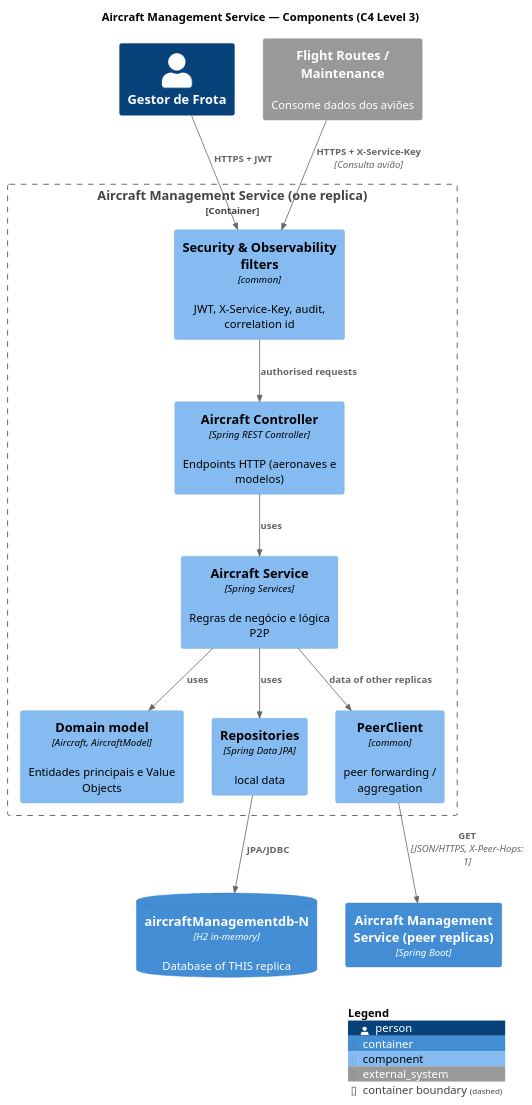
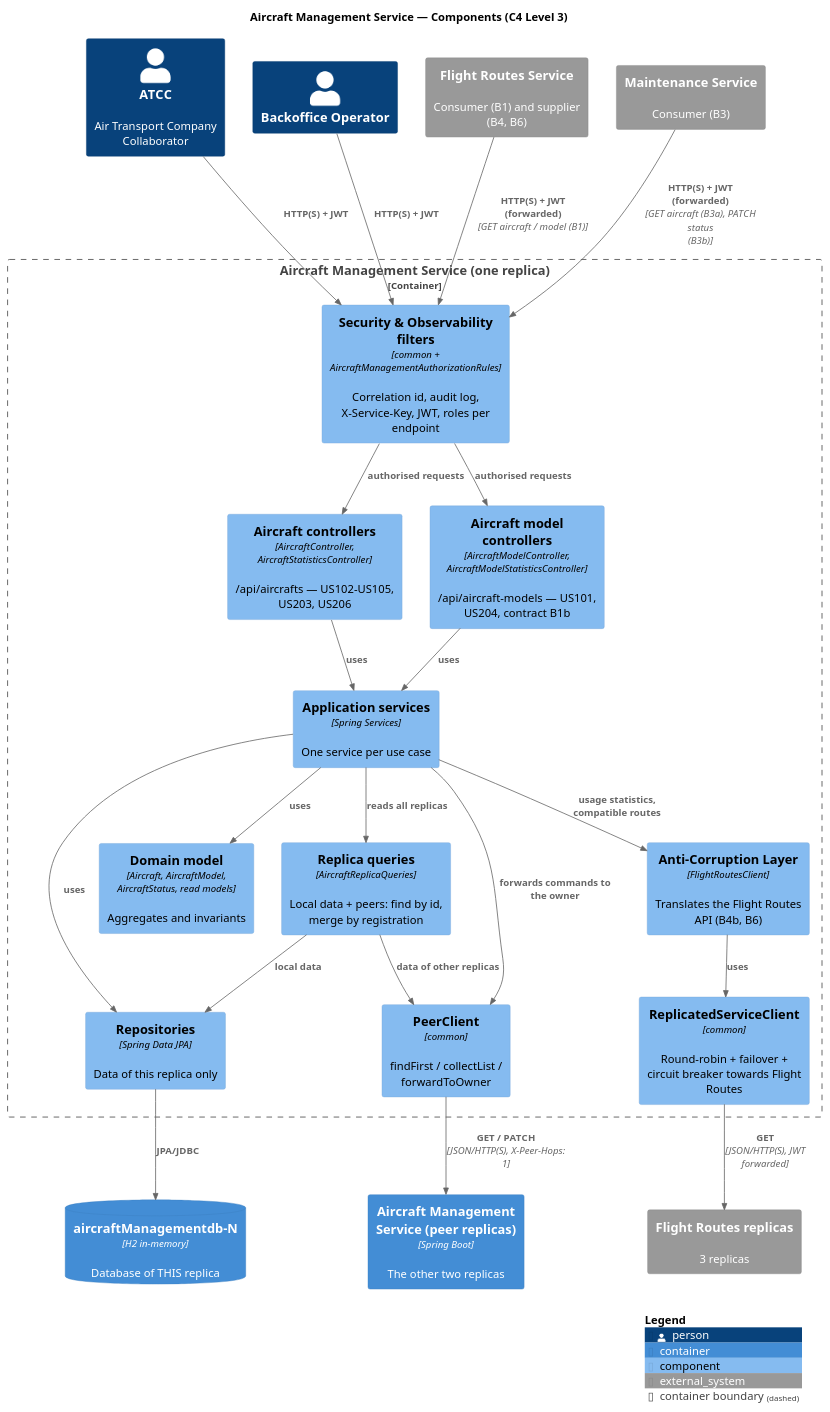
The diagram in docs/3-components/aircraftmanagement/puml/C4-L3-AircraftManagement-Components.puml (caetanotiago/Project_SIDIS), drawn with PlantUML before and after one commit. The commit also changed 50 other files, not shown here.

```diff
--- a/docs/3-components/aircraftmanagement/puml/C4-L3-AircraftManagement-Components.puml
+++ b/docs/3-components/aircraftmanagement/puml/C4-L3-AircraftManagement-Components.puml
@@ -1,32 +1,50 @@
 @startuml C4-L3-AircraftManagement-Components
 !include <C4/C4_Component>
 LAYOUT_TOP_DOWN()
 title Aircraft Management Service — Components (C4 Level 3)
 
-Person(user, "Gestor de Frota")
-System_Ext(flightRoutes, "Flight Routes / Maintenance", "Consome dados dos aviões")
+Person(atcc, "ATCC", "Air Transport Company Collaborator")
+Person(bo, "Backoffice Operator")
+System_Ext(fr, "Flight Routes Service", "Consumer (B1) and supplier (B4, B6)")
+System_Ext(mt, "Maintenance Service", "Consumer (B3)")
 
-Container(peer, "Aircraft Management Service (peer replicas)", "Spring Boot")
+Container(peer, "Aircraft Management Service (peer replicas)", "Spring Boot", "The other two replicas")
 ContainerDb(db, "aircraftManagementdb-N", "H2 in-memory", "Database of THIS replica")
 
 Container_Boundary(svc, "Aircraft Management Service (one replica)") {
-    Component(sec, "Security & Observability filters", "common", "JWT, X-Service-Key, audit, correlation id")
-    Component(ctrl, "Aircraft Controller", "Spring REST Controller", "Endpoints HTTP (aeronaves e modelos)")
-    Component(app, "Aircraft Service", "Spring Services", "Regras de negócio e lógica P2P")
-    Component(domain, "Domain model", "Aircraft, AircraftModel", "Entidades principais e Value Objects")
-    Component(repos, "Repositories", "Spring Data JPA", "local data")
-    Component(peerClient, "PeerClient", "common", "peer forwarding / aggregation")
+    Component(sec, "Security & Observability filters", "common + AircraftManagementAuthorizationRules", "Correlation id, audit log, X-Service-Key, JWT, roles per endpoint")
+    Component(ctrlA, "Aircraft controllers", "AircraftController, AircraftStatisticsController", "/api/aircrafts — US102–US105, US203, US206")
+    Component(ctrlM, "Aircraft model controllers", "AircraftModelController, AircraftModelStatisticsController", "/api/aircraft-models — US101, US204, contract B1b")
+    Component(app, "Application services", "Spring Services", "One service per use case")
+    Component(rq, "Replica queries", "AircraftReplicaQueries", "Local data + peers: find by id, merge by registration")
+    Component(domain, "Domain model", "Aircraft, AircraftModel, AircraftStatus, read models", "Aggregates and invariants")
+    Component(repos, "Repositories", "Spring Data JPA", "Data of this replica only")
+    Component(acl, "Anti-Corruption Layer", "FlightRoutesClient", "Translates the Flight Routes API (B4b, B6)")
+    Component(peerClient, "PeerClient", "common", "findFirst / collectList / forwardToOwner")
+    Component(rsc, "ReplicatedServiceClient", "common", "Round-robin + failover + circuit breaker towards Flight Routes")
 }
 
-Rel(user, sec, "HTTPS + JWT")
-Rel(flightRoutes, sec, "HTTPS + X-Service-Key", "Consulta avião")
-Rel(sec, ctrl, "authorised requests")
-Rel(ctrl, app, "uses")
+System_Ext(frReplicas, "Flight Routes replicas", "3 replicas")
+
+Rel(atcc, sec, "HTTP(S) + JWT")
+Rel(bo, sec, "HTTP(S) + JWT")
+Rel(fr, sec, "HTTP(S) + JWT (forwarded)", "GET aircraft / model (B1)")
+Rel(mt, sec, "HTTP(S) + JWT (forwarded)", "GET aircraft (B3a), PATCH status (B3b)")
+Rel(sec, ctrlA, "authorised requests")
+Rel(sec, ctrlM, "authorised requests")
+Rel(ctrlA, app, "uses")
+Rel(ctrlM, app, "uses")
 Rel(app, domain, "uses")
+Rel(app, rq, "reads all replicas")
 Rel(app, repos, "uses")
+Rel(rq, repos, "local data")
+Rel(rq, peerClient, "data of other replicas")
+Rel(app, peerClient, "forwards commands to the owner")
+Rel(app, acl, "usage statistics, compatible routes")
 Rel(repos, db, "JPA/JDBC")
-Rel(app, peerClient, "data of other replicas")
-Rel(peerClient, peer, "GET", "JSON/HTTPS, X-Peer-Hops: 1")
+Rel(peerClient, peer, "GET / PATCH", "JSON/HTTP(S), X-Peer-Hops: 1")
+Rel(acl, rsc, "uses")
+Rel(rsc, frReplicas, "GET", "JSON/HTTP(S), JWT forwarded")
 
 SHOW_LEGEND()
 @enduml
```
